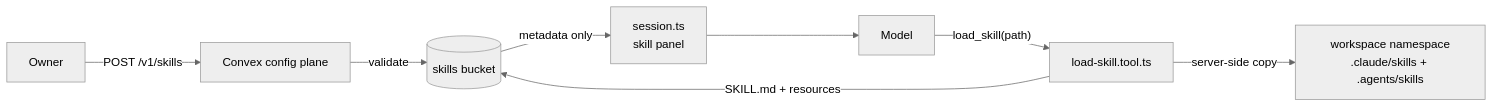
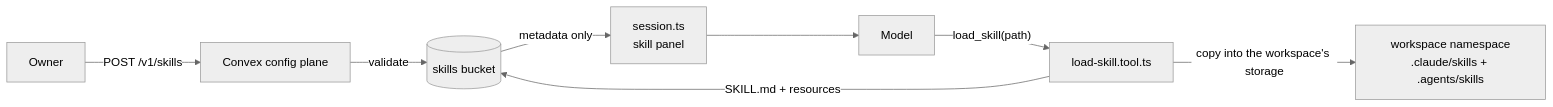
The eighth of 8 diagrams in apps/docs/docs/internals/storage.md (beeblastco/broods), drawn with Mermaid (neutral theme) before and after one commit. The commit also changed other lines of this file and 5 other files, not shown here.

Commit message:
fix(core): stage a loaded skill into the workspace's own storage

````diff
--- a/apps/docs/docs/internals/storage.md
+++ b/apps/docs/docs/internals/storage.md
@@ -177,10 +177,10 @@
 ```mermaid
 flowchart LR
   Owner -->|"POST /v1/skills"| Config["Convex config plane"]
   Config -->|"validate"| Store[("skills bucket")]
   Store -->|"metadata only"| Session["session.ts<br/>skill panel"]
   Session --> Model
   Model -->|"load_skill(path)"| Loader["load-skill.tool.ts"]
   Loader -->|"SKILL.md + resources"| Store
-  Loader -->|"server-side copy"| Ws["workspace namespace<br/>.claude/skills + .agents/skills"]
+  Loader -->|"copy into the workspace's storage"| Ws["workspace namespace<br/>.claude/skills + .agents/skills"]
 ```
````
